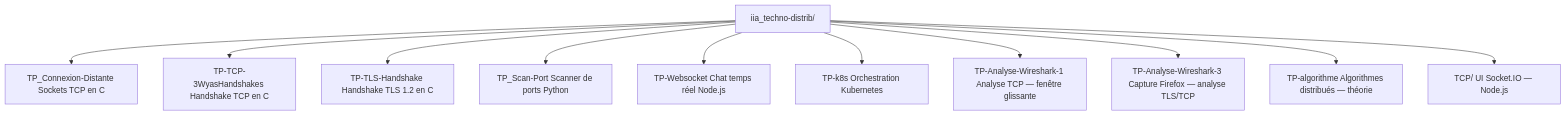
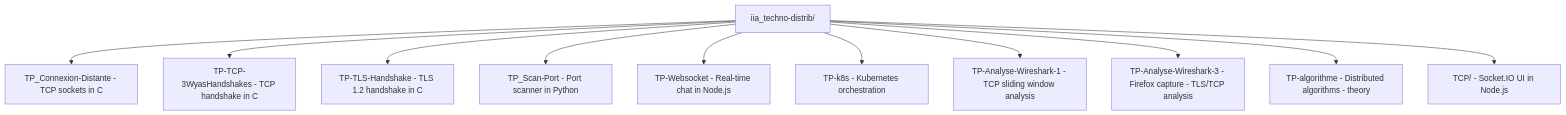
One commit to Giremuu/iia_techno-distrib changed the first of 6 diagrams in README.md. Above: the diagram before and after it, drawn with Mermaid. The commit also changed other lines of this file, not shown here.

````diff
--- a/README.md
+++ b/README.md
@@ -9,15 +13,14 @@
 ```mermaid
 graph TD
     Root["iia_techno-distrib/"]
-
-    Root --> A["TP_Connexion-Distante Sockets TCP en C"]
-    Root --> B["TP-TCP-3WyasHandshakes Handshake TCP en C"]
-    Root --> C["TP-TLS-Handshake Handshake TLS 1.2 en C"]
-    Root --> D["TP_Scan-Port Scanner de ports Python"]
-    Root --> E["TP-Websocket Chat temps réel Node.js"]
-    Root --> F["TP-k8s Orchestration Kubernetes"]
-    Root --> G["TP-Analyse-Wireshark-1 Analyse TCP — fenêtre glissante"]
-    Root --> H["TP-Analyse-Wireshark-3 Capture Firefox — analyse TLS/TCP"]
-    Root --> I["TP-algorithme Algorithmes distribués — théorie"]
-    Root --> J["TCP/ UI Socket.IO — Node.js"]
+    Root --> A["TP_Connexion-Distante - TCP sockets in C"]
+    Root --> B["TP-TCP-3WyasHandshakes - TCP handshake in C"]
+    Root --> C["TP-TLS-Handshake - TLS 1.2 handshake in C"]
+    Root --> D["TP_Scan-Port - Port scanner in Python"]
+    Root --> E["TP-Websocket - Real-time chat in Node.js"]
+    Root --> F["TP-k8s - Kubernetes orchestration"]
+    Root --> G["TP-Analyse-Wireshark-1 - TCP sliding window analysis"]
+    Root --> H["TP-Analyse-Wireshark-3 - Firefox capture - TLS/TCP analysis"]
+    Root --> I["TP-algorithme - Distributed algorithms - theory"]
+    Root --> J["TCP/ - Socket.IO UI in Node.js"]
 ```
````
